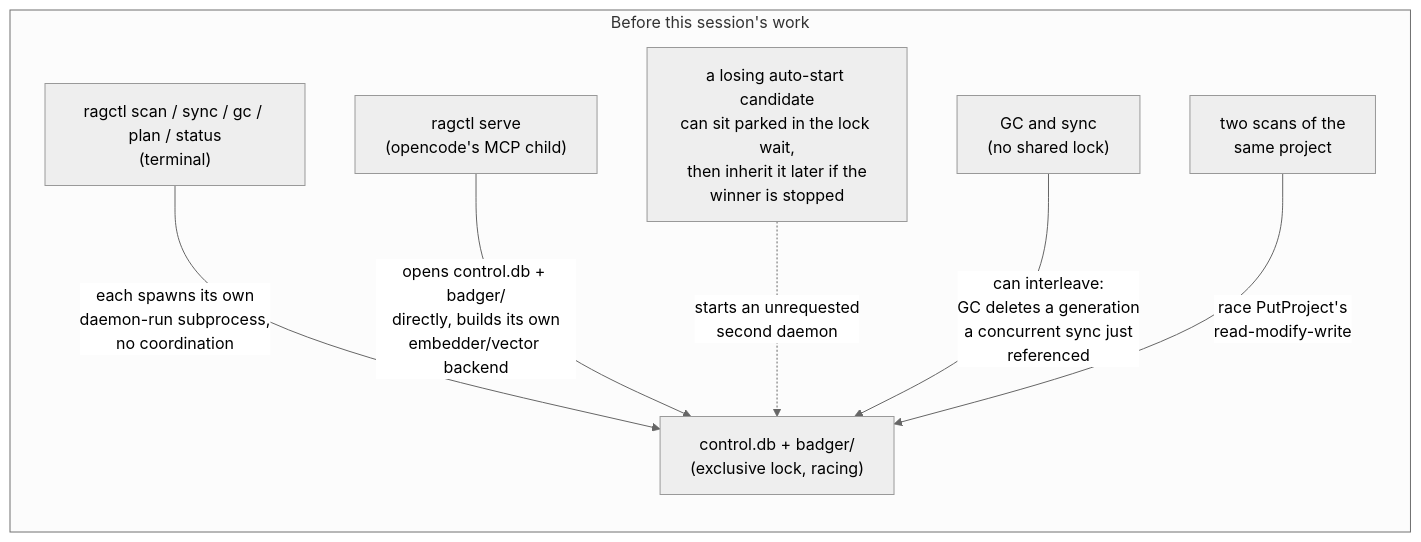
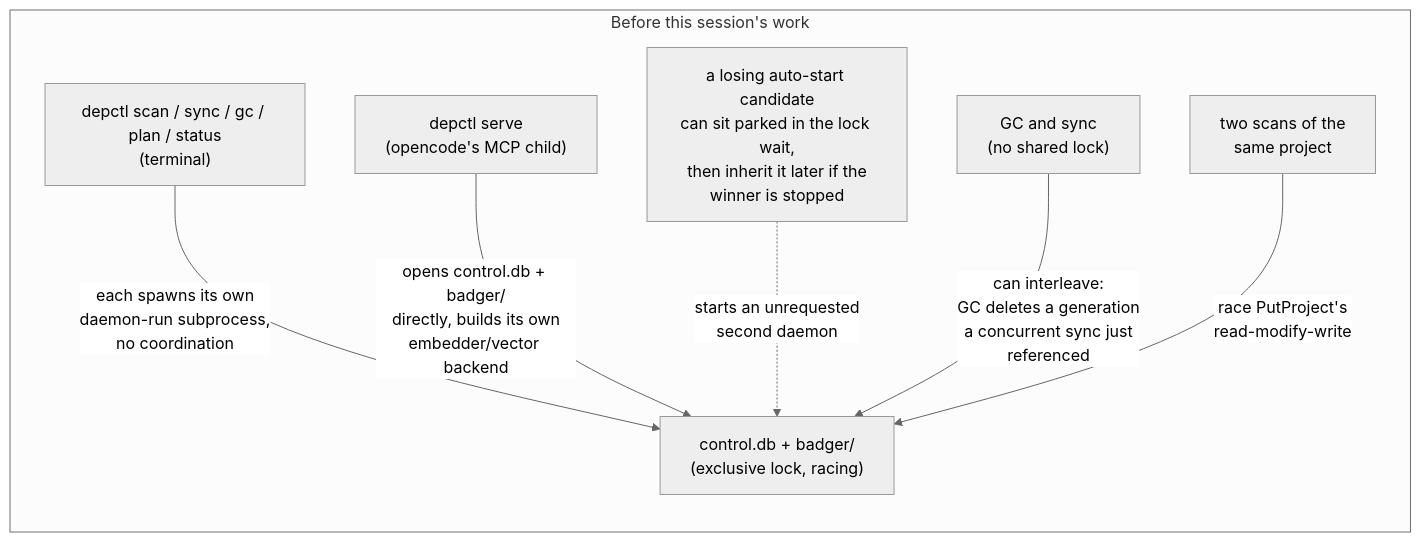
One commit to aleutian-ai/depctl changed the first of 2 diagrams in docs/scratch/watch-scenarios-before-after.md. Above: the diagram before and after it, drawn with Mermaid (neutral theme). The commit also changed other lines of this file and 588 other files, not shown here.

Commit message:
Rename ragctl to depctl: binary, module github.com/aleutian-ai/depctl, paths, env vars, metrics, MCP name, docs

````diff
--- a/docs/scratch/watch-scenarios-before-after.md
+++ b/docs/scratch/watch-scenarios-before-after.md
@@ -7,11 +7,11 @@
 ```mermaid
 flowchart TB
     subgraph before["Before this session's work"]
         direction TB
-        A["ragctl scan / sync / gc / plan / status<br/>(terminal)"] -->|each spawns its own<br/>daemon-run subprocess,<br/>no coordination| A2["control.db + badger/<br/>(exclusive lock, racing)"]
-        B["ragctl serve<br/>(opencode's MCP child)"] -->|opens control.db + badger/<br/>directly, builds its own<br/>embedder/vector backend| A2
+        A["depctl scan / sync / gc / plan / status<br/>(terminal)"] -->|each spawns its own<br/>daemon-run subprocess,<br/>no coordination| A2["control.db + badger/<br/>(exclusive lock, racing)"]
+        B["depctl serve<br/>(opencode's MCP child)"] -->|opens control.db + badger/<br/>directly, builds its own<br/>embedder/vector backend| A2
         C["a losing auto-start candidate<br/>can sit parked in the lock wait,<br/>then inherit it later if the<br/>winner is stopped"] -.->|starts an unrequested<br/>second daemon| A2
         D["GC and sync<br/>(no shared lock)"] -->|can interleave:<br/>GC deletes a generation<br/>a concurrent sync just<br/>referenced| A2
         E["two scans of the<br/>same project"] -->|race PutProject's<br/>read-modify-write| A2
     end
 ```
````
